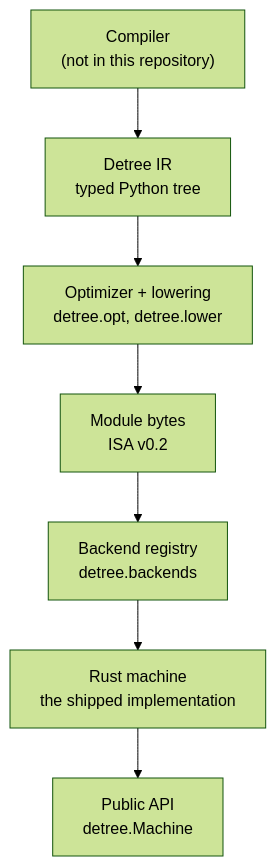
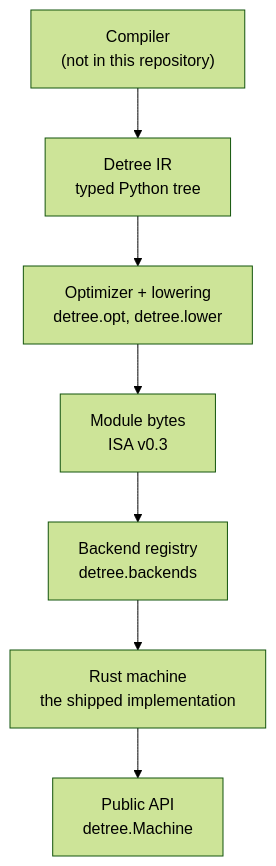
One commit to mrzimu/detree-vm changed the diagram in docs/design/architecture.md. Above: the diagram before and after it, drawn with Mermaid (forest theme). The commit also changed 55 other files, not shown here.

````diff
--- a/docs/design/architecture.md
+++ b/docs/design/architecture.md
@@ -23,12 +23,12 @@
 ```mermaid
 flowchart TB
     compiler["Compiler<br/>(not in this repository)"]
     ir["Detree IR<br/>typed Python tree"]
     lower["Optimizer + lowering<br/>detree.opt, detree.lower"]
-    module["Module bytes<br/>ISA v0.2"]
+    module["Module bytes<br/>ISA v0.3"]
     reg["Backend registry<br/>detree.backends"]
     rust["Rust machine<br/>the shipped implementation"]
     api["Public API<br/>detree.Machine"]
 
     compiler --> ir --> lower --> module --> reg --> rust --> api
 ```
````
